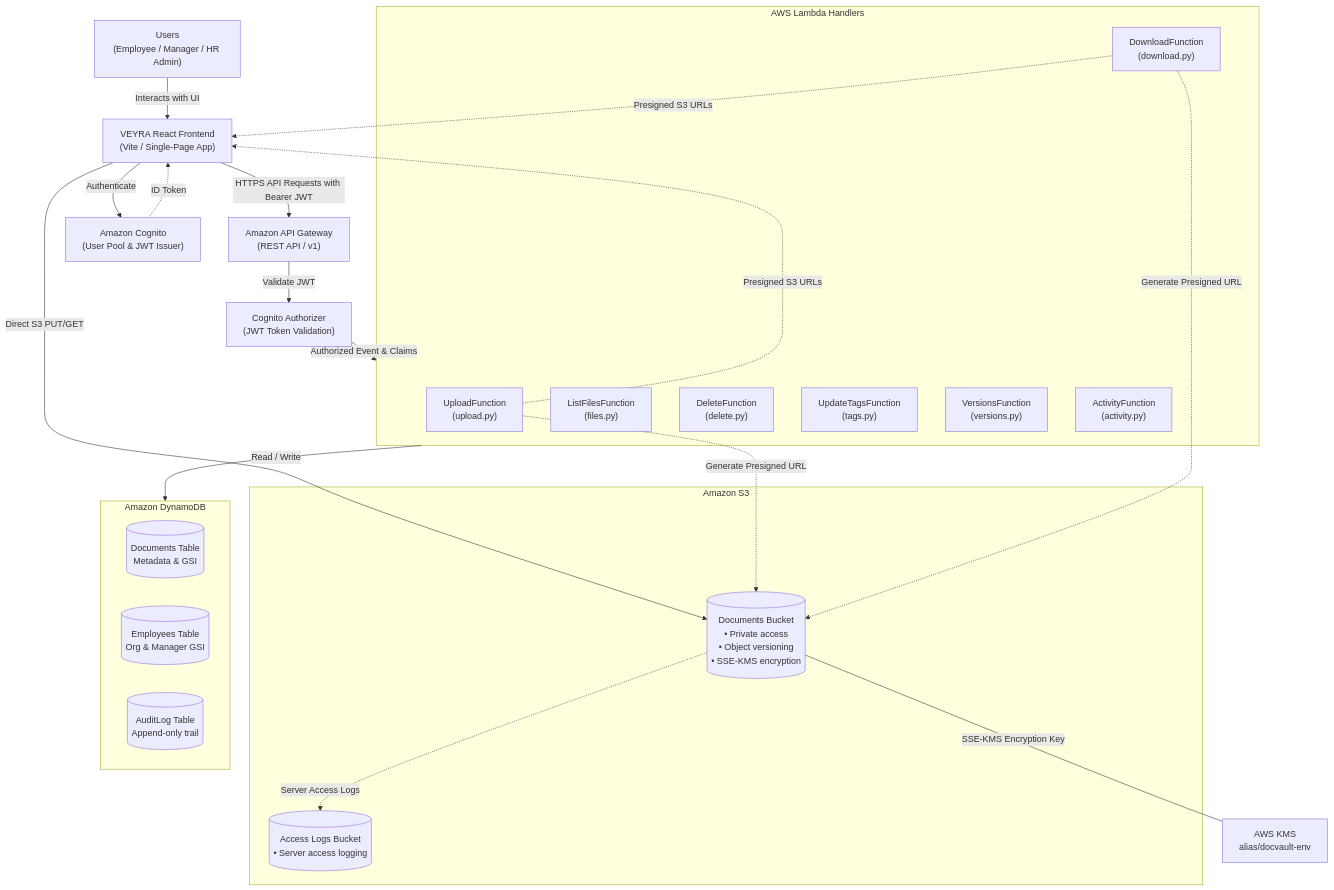
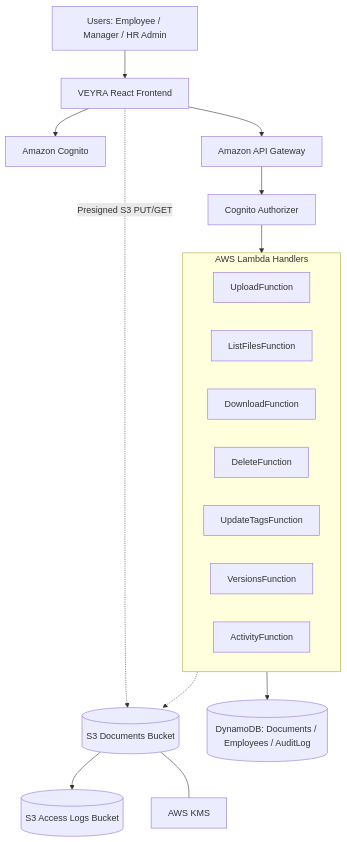
Before and after one commit to parthchoutapelly/employee-document-vault: the first of 4 diagrams in README.md, drawn with Mermaid. The commit also changed other lines of this file, not shown here.

Commit message:
Fix GitHub Mermaid diagrams

````diff
--- a/README.md
+++ b/README.md
@@ -61,46 +61,34 @@
 ```mermaid
 flowchart TD
-    Users["Users<br/>(Employee / Manager / HR Admin)"]
-    Frontend["VEYRA React Frontend<br/>(Vite / Single-Page App)"]
-    Cognito["Amazon Cognito<br/>(User Pool & JWT Issuer)"]
-    ApiGw["Amazon API Gateway<br/>(REST API / v1)"]
-    Authorizer["Cognito Authorizer<br/>(JWT Token Validation)"]
+    Users[Users: Employee / Manager / HR Admin]
+    Frontend[VEYRA React Frontend]
+    Cognito[Amazon Cognito]
+    ApiGw[Amazon API Gateway]
+    Auth[Cognito Authorizer]
 
-    subgraph LambdaFunctions ["AWS Lambda Handlers"]
-        UploadFn["UploadFunction<br/>(upload.py)"]
-        ListFn["ListFilesFunction<br/>(files.py)"]
-        DownloadFn["DownloadFunction<br/>(download.py)"]
-        DeleteFn["DeleteFunction<br/>(delete.py)"]
-        UpdateTagsFn["UpdateTagsFunction<br/>(tags.py)"]
-        VersionsFn["VersionsFunction<br/>(versions.py)"]
-        ActivityFn["ActivityFunction<br/>(activity.py)"]
+    subgraph LambdaFunctions [AWS Lambda Handlers]
+        UploadFn[UploadFunction]
+        ListFn[ListFilesFunction]
+        DownloadFn[DownloadFunction]
+        DeleteFn[DeleteFunction]
+        UpdateTagsFn[UpdateTagsFunction]
+        VersionsFn[VersionsFunction]
+        ActivityFn[ActivityFunction]
     end
 
-    subgraph Storage ["Amazon S3"]
-        DocBucket[("Documents Bucket<br/>• Private access<br/>• Object versioning<br/>• SSE-KMS encryption")]
-        LogBucket[("Access Logs Bucket<br/>• Server access logging")]
-    end
+    DocBucket[(S3 Documents Bucket)]
+    LogBucket[(S3 Access Logs Bucket)]
+    Dynamo[(DynamoDB: Documents / Employees / AuditLog)]
+    KMS[AWS KMS]
 
-    subgraph Database ["Amazon DynamoDB"]
-        DocsTable[("Documents Table<br/>Metadata & GSI")]
-        EmpTable[("Employees Table<br/>Org & Manager GSI")]
-        AuditTable[("AuditLog Table<br/>Append-only trail")]
-    end
-
-    KMS["AWS KMS<br/>alias/docvault-env"]
-
-    Users -->|Interacts with UI| Frontend
-    Frontend -->|Authenticate| Cognito
-    Cognito -.->|ID Token| Frontend
-    Frontend -->|HTTPS API Requests with Bearer JWT| ApiGw
-    ApiGw -->|Validate JWT| Authorizer
-    Authorizer -->|Authorized Event & Claims| LambdaFunctions
-
-    UploadFn & DownloadFn -.->|Presigned S3 URLs| Frontend
-    Frontend -->|Direct S3 PUT/GET| DocBucket
-    DocBucket -.->|Server Access Logs| LogBucket
-
-    LambdaFunctions -->|Read / Write| Database
-    UploadFn & DownloadFn -.->|Generate Presigned URL| DocBucket
-    DocBucket ---|SSE-KMS Encryption Key| KMS
+    Users --> Frontend
+    Frontend --> Cognito
+    Frontend --> ApiGw
+    ApiGw --> Auth
+    Auth --> LambdaFunctions
+    LambdaFunctions --> Dynamo
+    LambdaFunctions -.-> DocBucket
+    DocBucket --> LogBucket
+    DocBucket --- KMS
+    Frontend -.->|Presigned S3 PUT/GET| DocBucket
 ```
````
